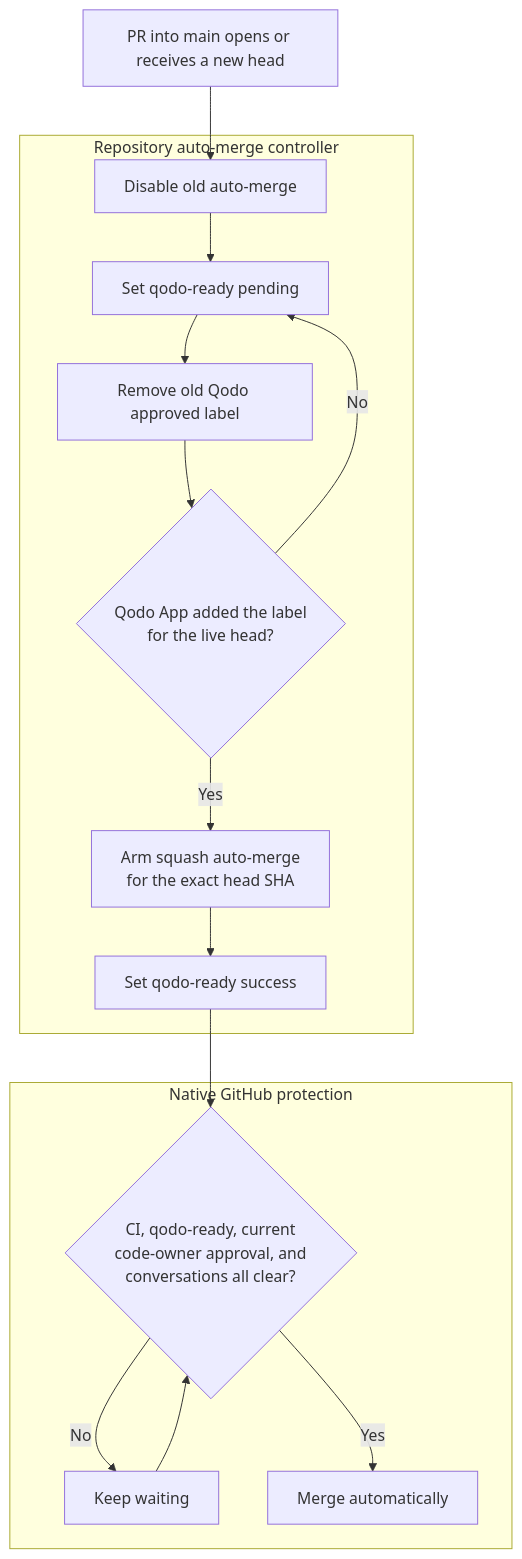
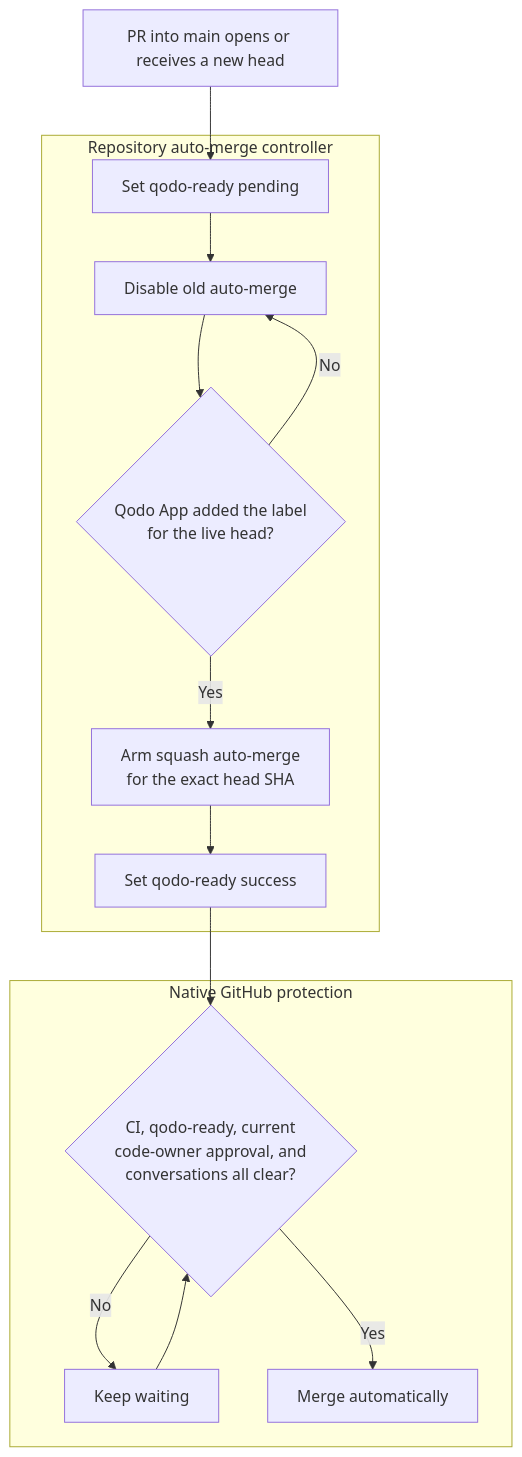
Before and after one commit to Nimbleway/webrouter: the diagram in .github/auto-merge.md, drawn with Mermaid. The commit also changed other lines of this file and 1 other file, not shown here.

Commit message:
ci: fail closed before auto-merge cleanup

````diff
--- a/.github/auto-merge.md
+++ b/.github/auto-merge.md
@@ -7,19 +7,18 @@
 ```mermaid
 flowchart TD
     A[PR into main opens or receives a new head] --> B
     subgraph Controller[Repository auto-merge controller]
-        B[Disable old auto-merge] --> C[Set qodo-ready pending]
-        C --> D[Remove old Qodo approved label]
-        D --> E{Qodo App added the label\nfor the live head?}
+        B[Set qodo-ready pending] --> C[Disable old auto-merge]
+        C --> E{Qodo App added the label\nfor the live head?}
         E -- No --> C
         E -- Yes --> F[Arm squash auto-merge\nfor the exact head SHA]
         F --> G[Set qodo-ready success]
     end
     G --> H
     subgraph GitHub[Native GitHub protection]
         H{CI, qodo-ready, current\ncode-owner approval, and\nconversations all clear?}
         H -- No --> I[Keep waiting]
         I --> H
         H -- Yes --> J[Merge automatically]
     end
 ```
````
